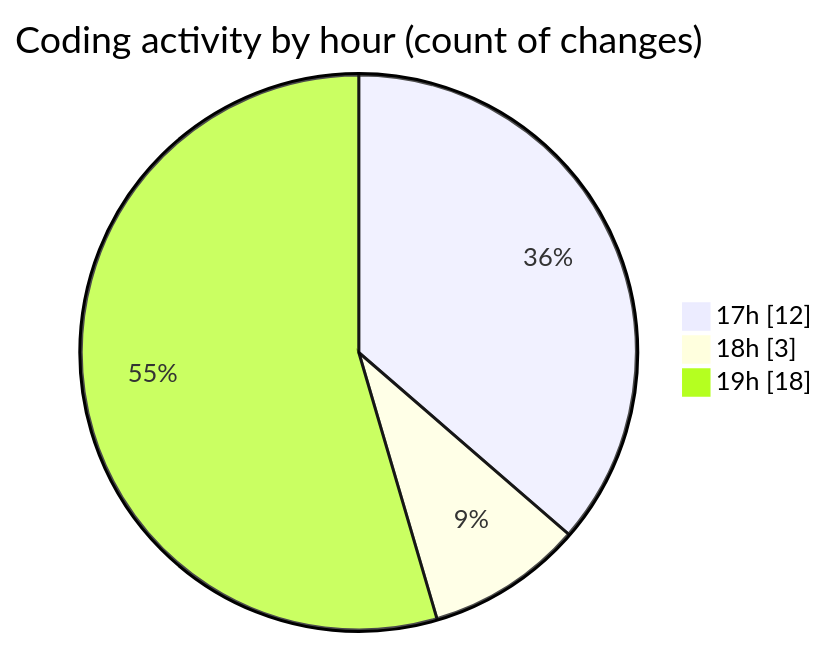
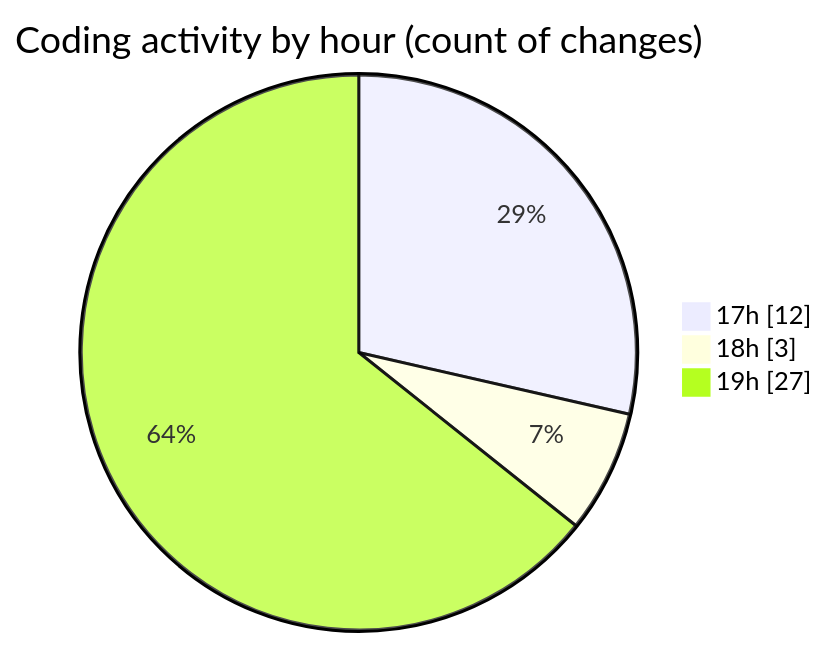
Before and after one commit to Ritupan-Deka/code-tracking: the second of 2 diagrams in 2025-06-19/scopecraft/README.md, drawn with Mermaid. The commit also changed other lines of this file and 1 other file, not shown here.

````diff
--- a/2025-06-19/scopecraft/README.md
+++ b/2025-06-19/scopecraft/README.md
@@ -43,7 +44,7 @@
 ```mermaid
 pie showData
 title Coding activity by hour (count of changes)
 "17h" : 12
 "18h" : 3
-"19h" : 18
+"19h" : 27
 ```
````
